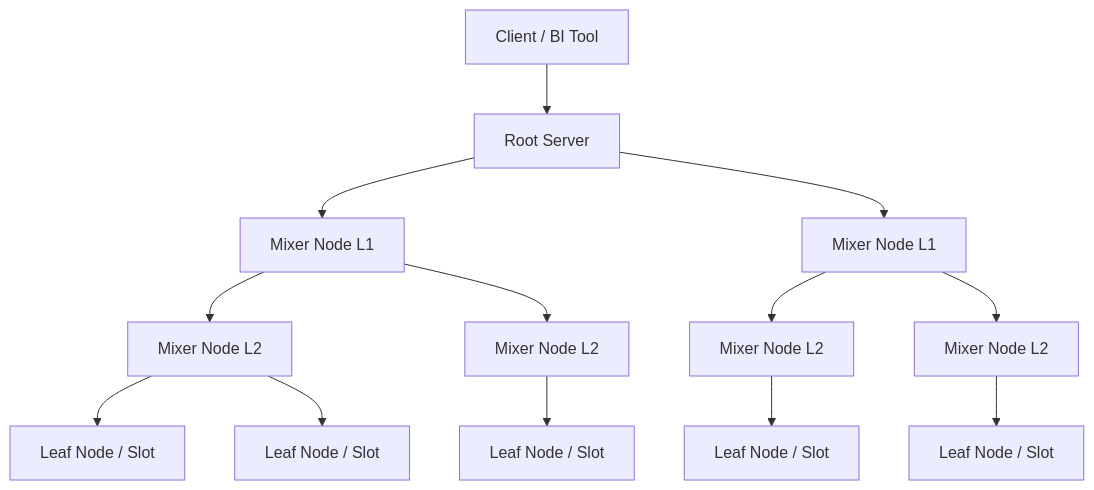
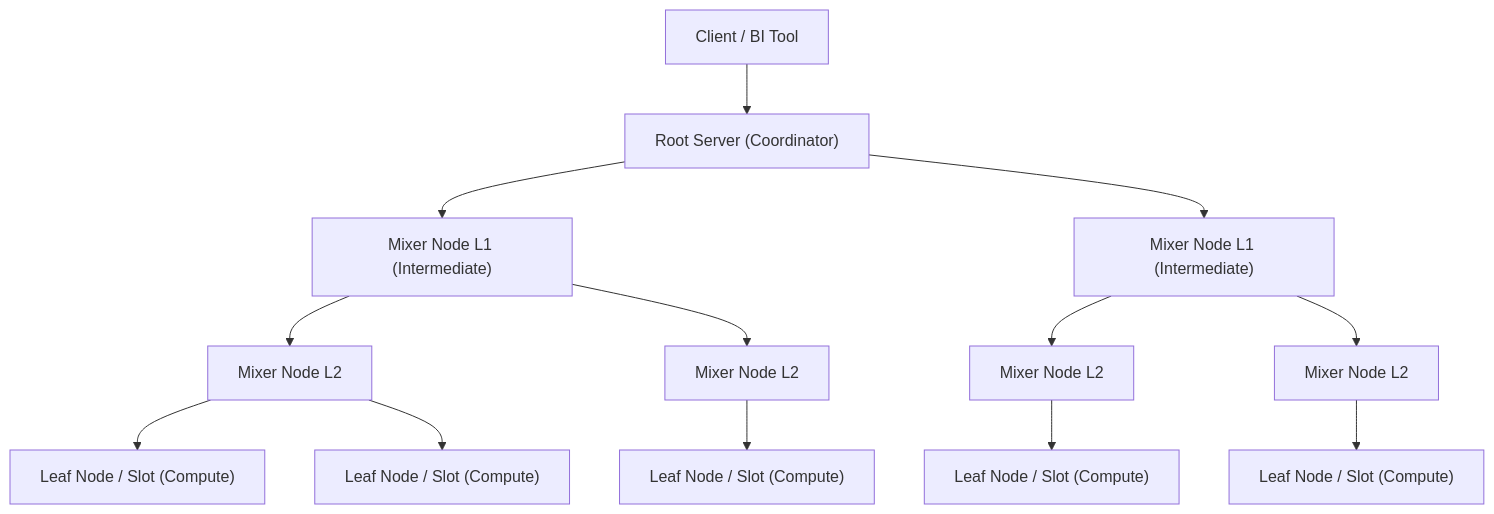
One commit to kythuatdulieu/kythuatdulieu.github.io changed the diagram in src/content/docs/concepts/4-compute-engines-batch/mpp-architecture-dremel.md. Above: the diagram before and after it, drawn with Mermaid. The commit also changed other lines of this file and 213 other files, not shown here.

Commit message:
Fix syntax and rewrite 200+ concepts docs to deep-dive system architecture and add GA4 tracking to quiz app

````diff
--- a/src/content/docs/concepts/4-compute-engines-batch/mpp-architecture-dremel.md
+++ b/src/content/docs/concepts/4-compute-engines-batch/mpp-architecture-dremel.md
@@ -23,17 +24,17 @@
 ```mermaid
 graph TD
-    Client["Client / BI Tool"] --> Root["Root Server"]
-    Root --> M1["Mixer Node L1"]
-    Root --> M2["Mixer Node L1"]
+    Client["Client / BI Tool"] --> Root["Root Server (Coordinator)"]
+    Root --> M1["Mixer Node L1 (Intermediate)"]
+    Root --> M2["Mixer Node L1 (Intermediate)"]
     
     M1 --> M3["Mixer Node L2"]
     M1 --> M4["Mixer Node L2"]
     M2 --> M5["Mixer Node L2"]
     M2 --> M6["Mixer Node L2"]
     
-    M3 --> L1["Leaf Node / Slot"]
-    M3 --> L2["Leaf Node / Slot"]
-    M4 --> L3["Leaf Node / Slot"]
-    M5 --> L4["Leaf Node / Slot"]
-    M6 --> L5["Leaf Node / Slot"]
+    M3 --> L1["Leaf Node / Slot (Compute)"]
+    M3 --> L2["Leaf Node / Slot (Compute)"]
+    M4 --> L3["Leaf Node / Slot (Compute)"]
+    M5 --> L4["Leaf Node / Slot (Compute)"]
+    M6 --> L5["Leaf Node / Slot (Compute)"]
 ```
````
